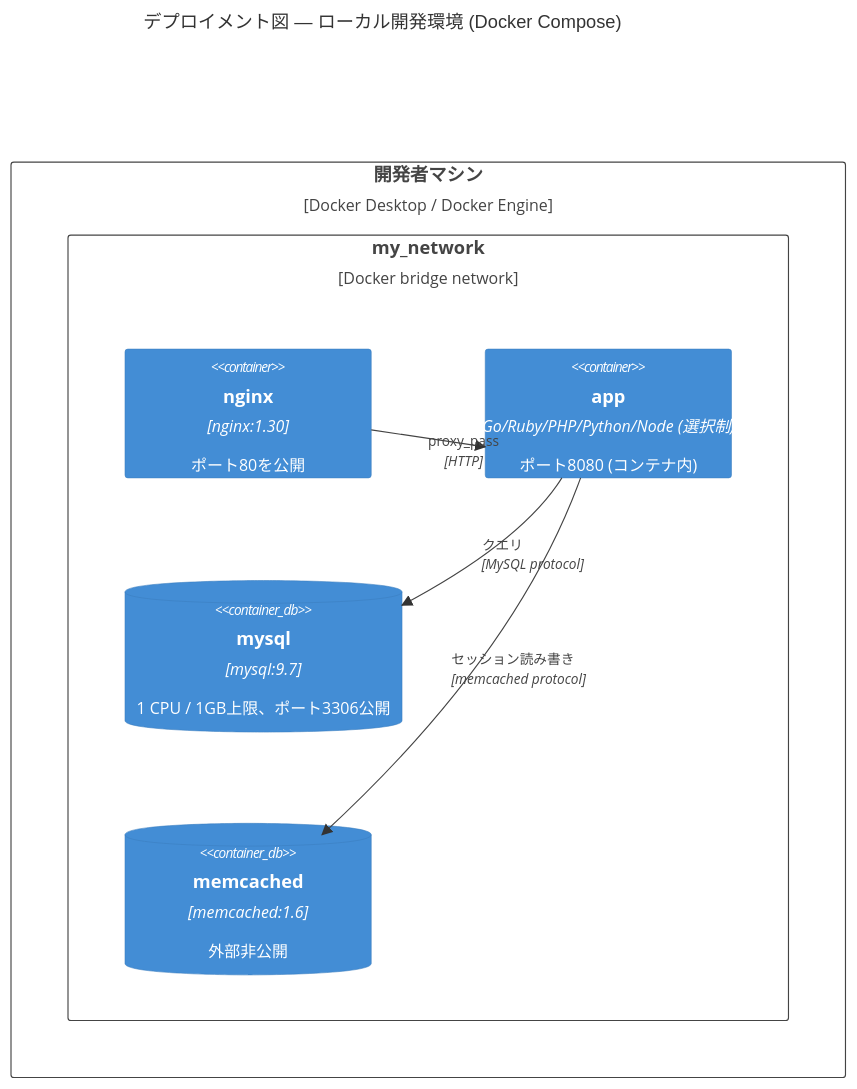
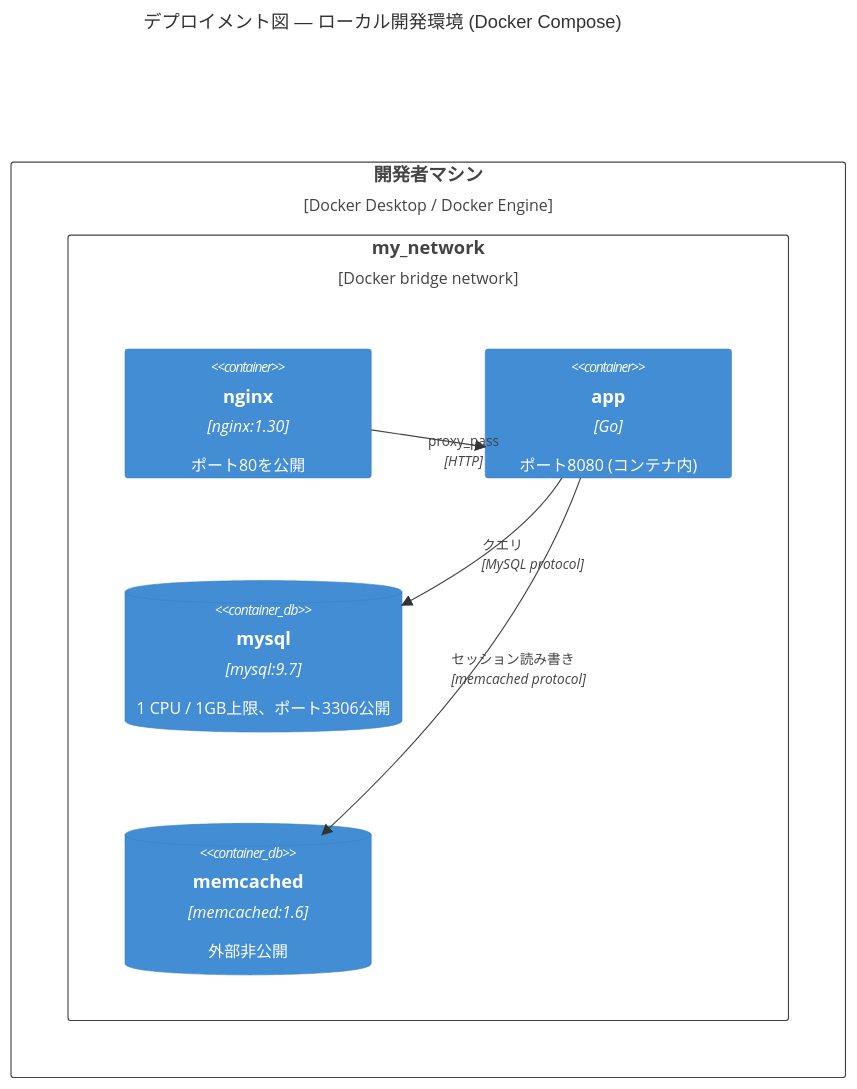
One commit to sho-work/private-isu changed the sixth of 7 diagrams in docs/arc42.md. Above: the diagram before and after it, drawn with Mermaid. The commit also changed other lines of this file, not shown here.

````diff
--- a/docs/arc42.md
+++ b/docs/arc42.md
@@ -308,17 +301,17 @@
 ```mermaid
 C4Deployment
     title デプロイメント図 — ローカル開発環境 (Docker Compose)
 
     Deployment_Node(host, "開発者マシン", "Docker Desktop / Docker Engine") {
         Deployment_Node(net, "my_network", "Docker bridge network") {
             Container(nginx, "nginx", "nginx:1.30", "ポート80を公開")
-            Container(app, "app", "Go/Ruby/PHP/Python/Node (選択制)", "ポート8080 (コンテナ内)")
+            Container(app, "app", "Go", "ポート8080 (コンテナ内)")
             ContainerDb(mysql, "mysql", "mysql:9.7", "1 CPU / 1GB上限、ポート3306公開")
             ContainerDb(memcached, "memcached", "memcached:1.6", "外部非公開")
         }
     }
 
     Rel(nginx, app, "proxy_pass", "HTTP")
     Rel(app, mysql, "クエリ", "MySQL protocol")
     Rel(app, memcached, "セッション読み書き", "memcached protocol")
 ```
````
